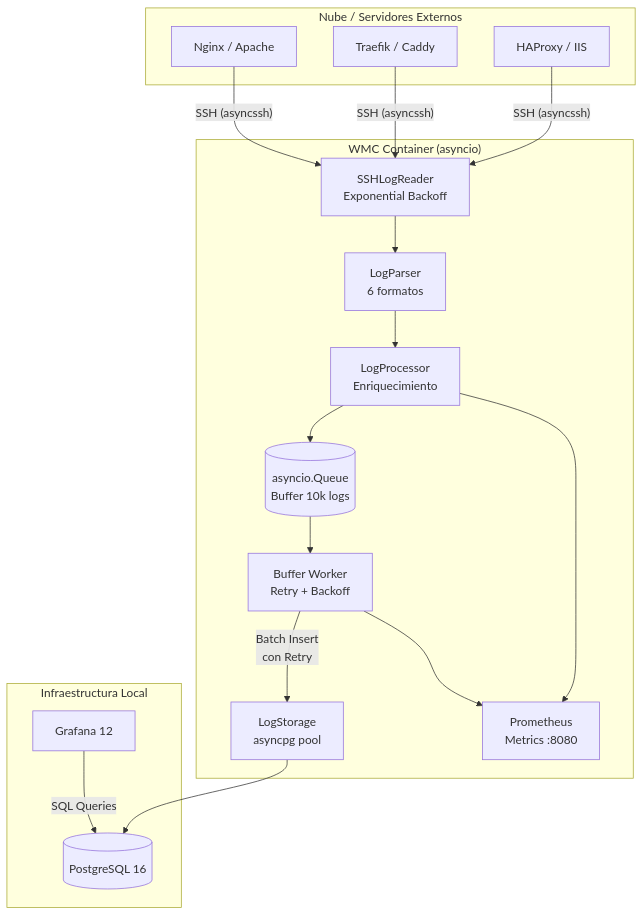
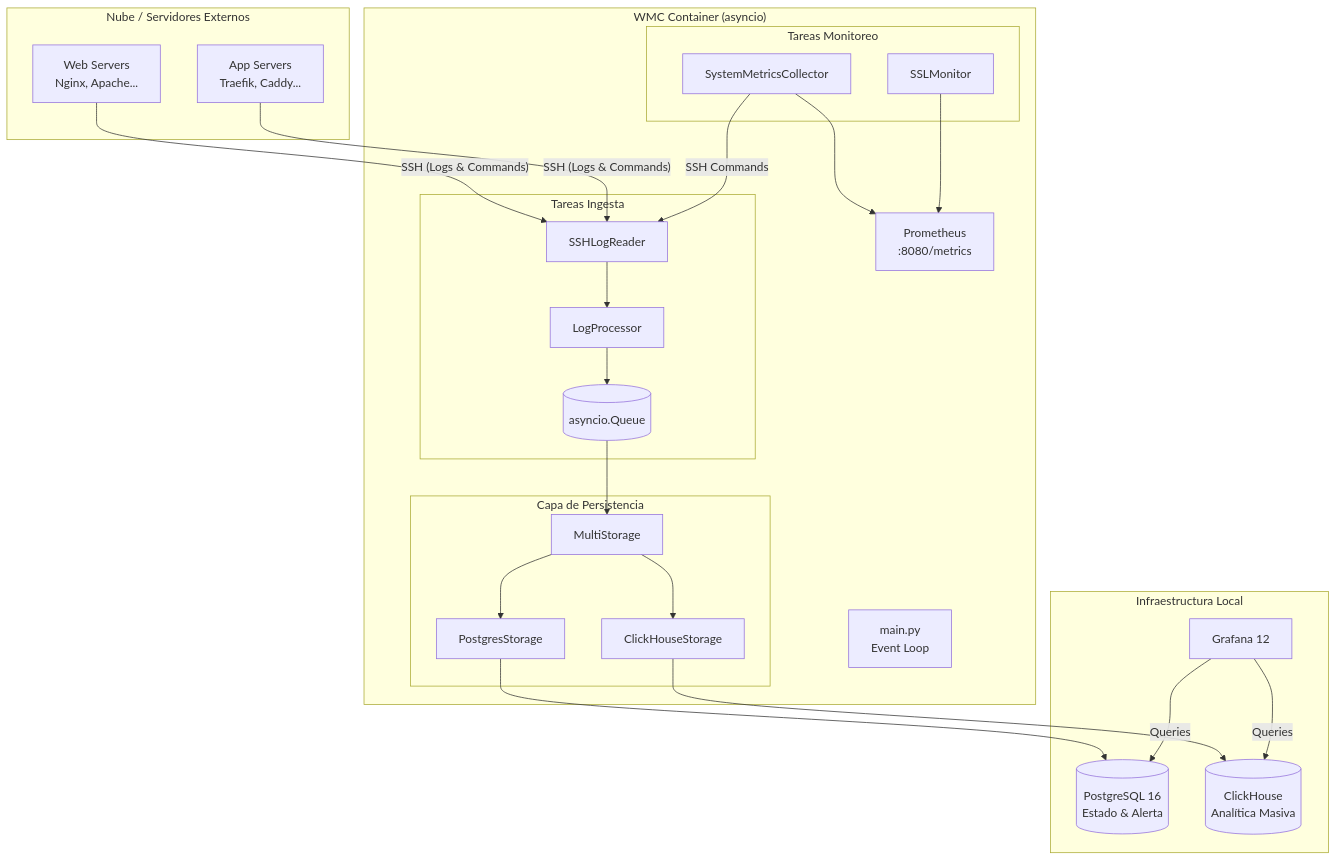
One commit to grs89/Web_Metrics_Collector changed the first of 2 diagrams in ARCHITECTURE.MD. Above: the diagram before and after it, drawn with Mermaid. The commit also changed other lines of this file, not shown here.

````diff
--- a/ARCHITECTURE.MD
+++ b/ARCHITECTURE.MD
@@ -24,34 +26,45 @@
 ```mermaid
 graph TD
     subgraph "Nube / Servidores Externos"
-        S1[Nginx / Apache]
-        S2[Traefik / Caddy]
-        S3[HAProxy / IIS]
+        S1[Web Servers\nNginx, Apache...]
+        S2[App Servers\nTraefik, Caddy...]
     end
 
     subgraph "WMC Container (asyncio)"
-        R[SSHLogReader\nExponential Backoff]
-        P[LogParser\n6 formatos]
-        C[LogProcessor\nEnriquecimiento]
-        Q[(asyncio.Queue\nBuffer 10k logs)]
-        W[Buffer Worker\nRetry + Backoff]
-        St[LogStorage\nasyncpg pool]
-        M[Prometheus\nMetrics :8080]
+        Main[main.py\nEvent Loop]
+        
+        subgraph "Tareas Ingesta"
+            R[SSHLogReader]
+            Q[(asyncio.Queue)]
+            P[LogProcessor]
+        end
+
+        subgraph "Tareas Monitoreo"
+            SYS[SystemMetricsCollector]
+            SSL[SSLMonitor]
+        end
+
+        subgraph "Capa de Persistencia"
+            MS[MultiStorage]
+            PG_S[PostgresStorage]
+            CH_S[ClickHouseStorage]
+        end
+        
+        M[Prometheus\n:8080/metrics]
     end
 
     subgraph "Infraestructura Local"
-        DB[(PostgreSQL 16)]
+        DB_PG[(PostgreSQL 16\nEstado & Alerta)]
+        DB_CH[(ClickHouse\nAnalítica Masiva)]
         G[Grafana 12]
     end
 
-    S1 & S2 & S3 -- "SSH (asyncssh)" --> R
-    R --> P
-    P --> C
-    C --> Q
-    Q --> W
-    W -- "Batch Insert\ncon Retry" --> St
-    St --> DB
-    G -- "SQL Queries" --> DB
-    C --> M
-    W --> M
+    S1 & S2 -- "SSH (Logs & Commands)" --> R
+    R --> P --> Q --> MS
+    MS --> PG_S & CH_S
+    PG_S --> DB_PG
+    CH_S --> DB_CH
+    SYS -- "SSH Commands" --> R
+    SYS & SSL --> M
+    G -- "Queries" --> DB_PG & DB_CH
 ```
````
